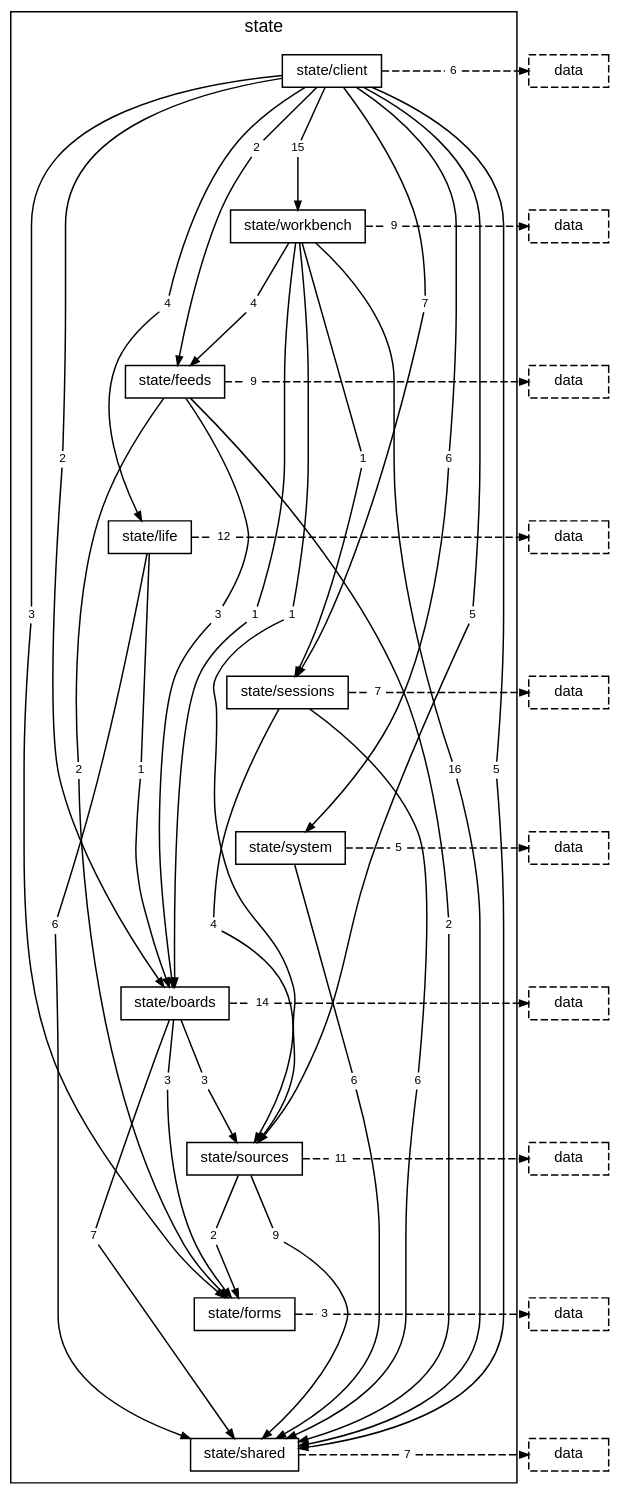
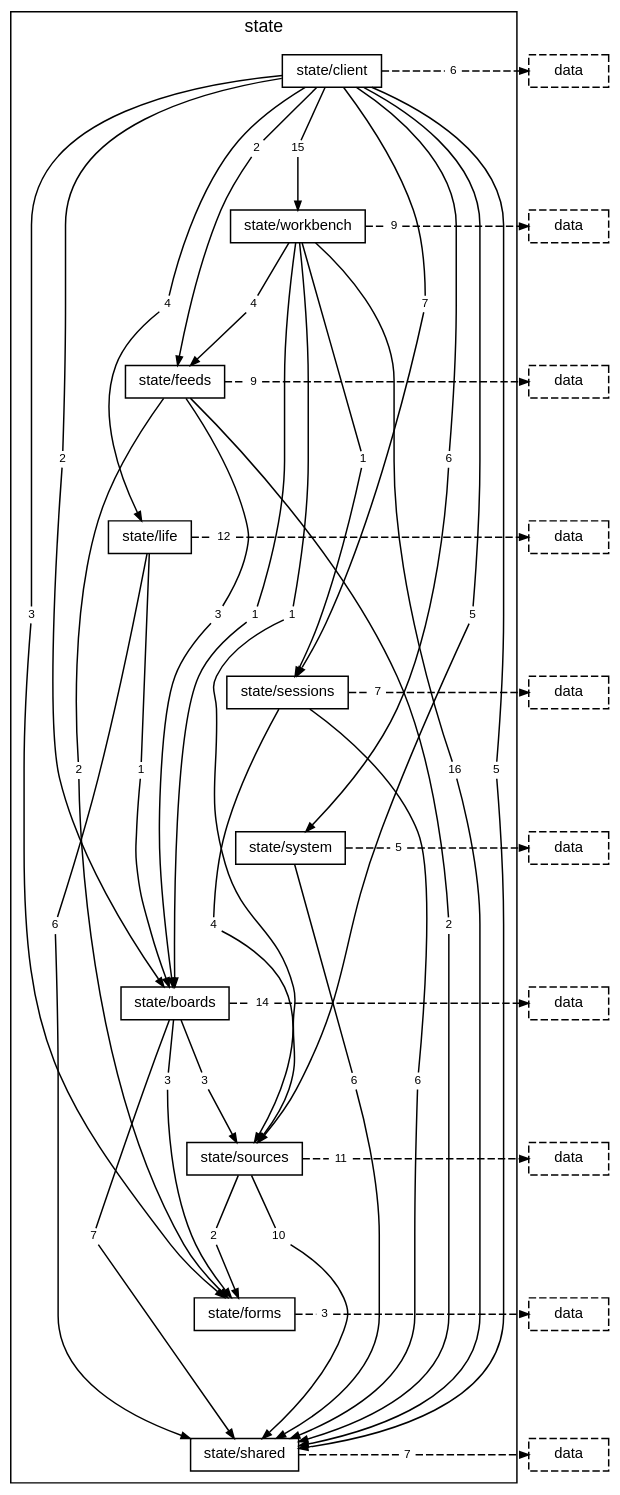
The diagram in docs/diagrams/layer-state.dot (TheAxeC/oculus), drawn with Graphviz before and after one commit. The commit also changed 115 other files, not shown here.

```diff
--- a/docs/diagrams/layer-state.dot
+++ b/docs/diagrams/layer-state.dot
@@ -47,7 +47,7 @@
         "folder state/boards to folder state/sources" [label="3", shape=box, color="transparent", fontsize=8, width=0, height=0, margin="0.04,0.02"];
         "folder state/boards to layer data" [label="14", shape=box, color="transparent", fontsize=8, width=0, height=0, margin="0.04,0.02"];
         "folder state/sources to folder state/forms" [label="2", shape=box, color="transparent", fontsize=8, width=0, height=0, margin="0.04,0.02"];
-        "folder state/sources to folder state/shared" [label="9", shape=box, color="transparent", fontsize=8, width=0, height=0, margin="0.04,0.02"];
+        "folder state/sources to folder state/shared" [label="10", shape=box, color="transparent", fontsize=8, width=0, height=0, margin="0.04,0.02"];
         "folder state/sources to layer data" [label="11", shape=box, color="transparent", fontsize=8, width=0, height=0, margin="0.04,0.02"];
         "folder state/forms to layer data" [label="3", shape=box, color="transparent", fontsize=8, width=0, height=0, margin="0.04,0.02"];
         "folder state/shared to layer data" [label="7", shape=box, color="transparent", fontsize=8, width=0, height=0, margin="0.04,0.02"];
```
